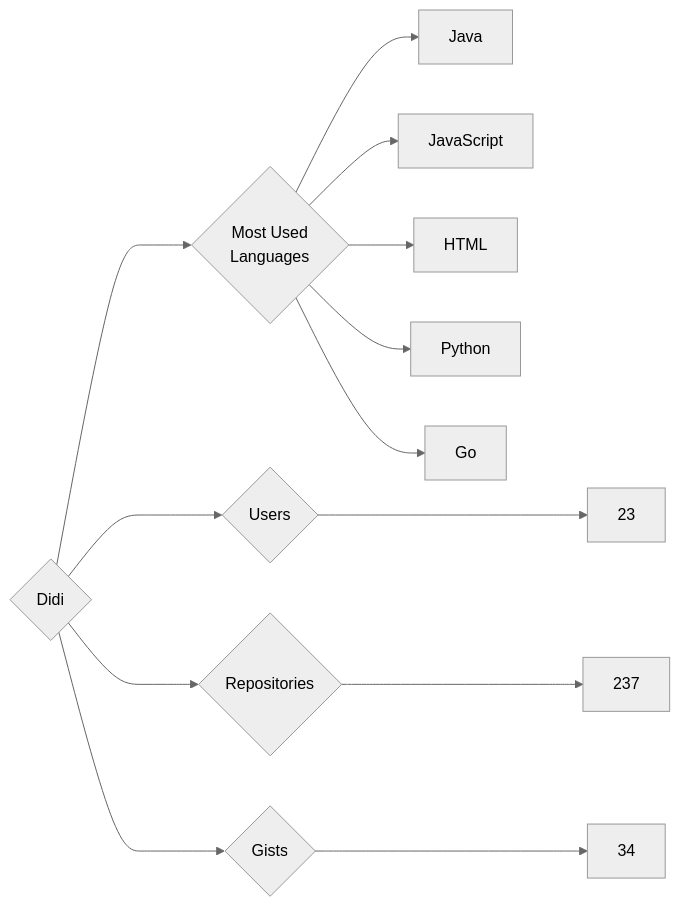
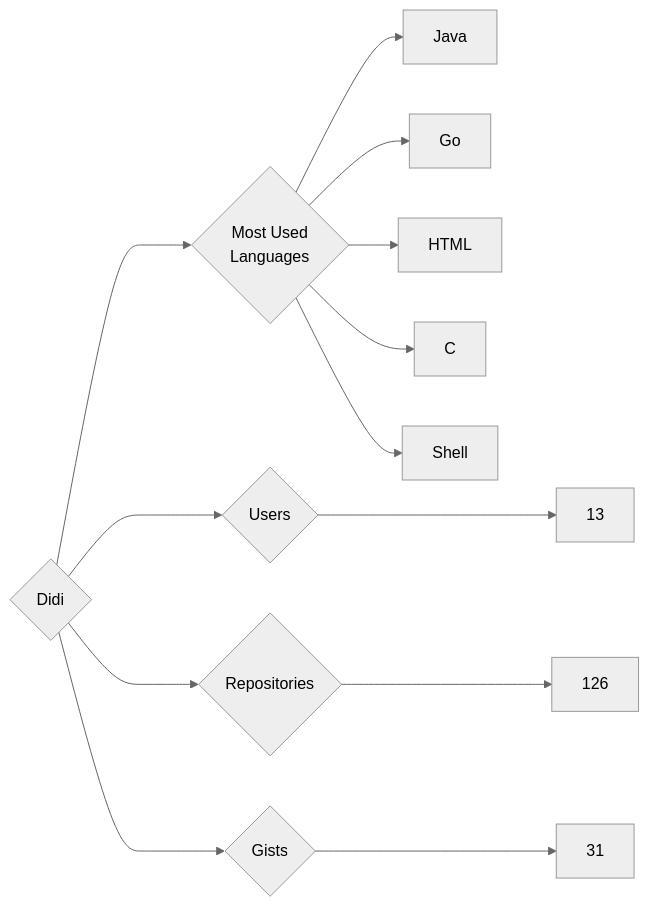
Before and after one commit to trickest/insiders: the diagram in targets/Didi/README.md, drawn with Mermaid (neutral theme). The commit also changed 823 other files, not shown here.

````diff
--- a/targets/Didi/README.md
+++ b/targets/Didi/README.md
@@ -3,13 +3,13 @@
 ```mermaid
 graph LR
 COMPANY_NAME{Didi}
-COMPANY_NAME ---> U{Users} ---> UN[23]
-COMPANY_NAME ---> R{Repositories} ---> RN[237]
-COMPANY_NAME ---> G{Gists} ---> GN[34]
+COMPANY_NAME ---> U{Users} ---> UN[13]
+COMPANY_NAME ---> R{Repositories} ---> RN[126]
+COMPANY_NAME ---> G{Gists} ---> GN[31]
 COMPANY_NAME ---> ML{Most Used<br>Languages}
 ML --> Java[Java]
-ML --> JavaScript[JavaScript]
+ML --> Go[Go]
 ML --> HTML[HTML]
-ML --> Python[Python]
-ML --> Go[Go]
+ML --> C[C]
+ML --> Shell[Shell]
 ```
````
